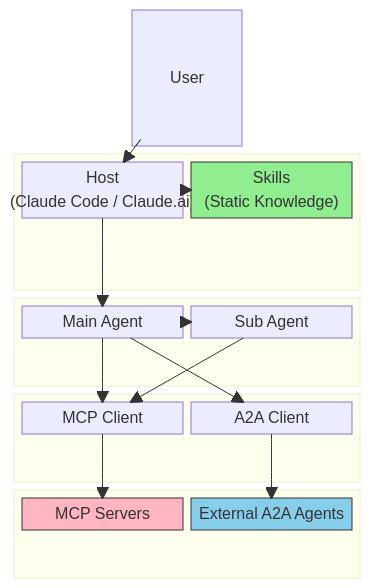
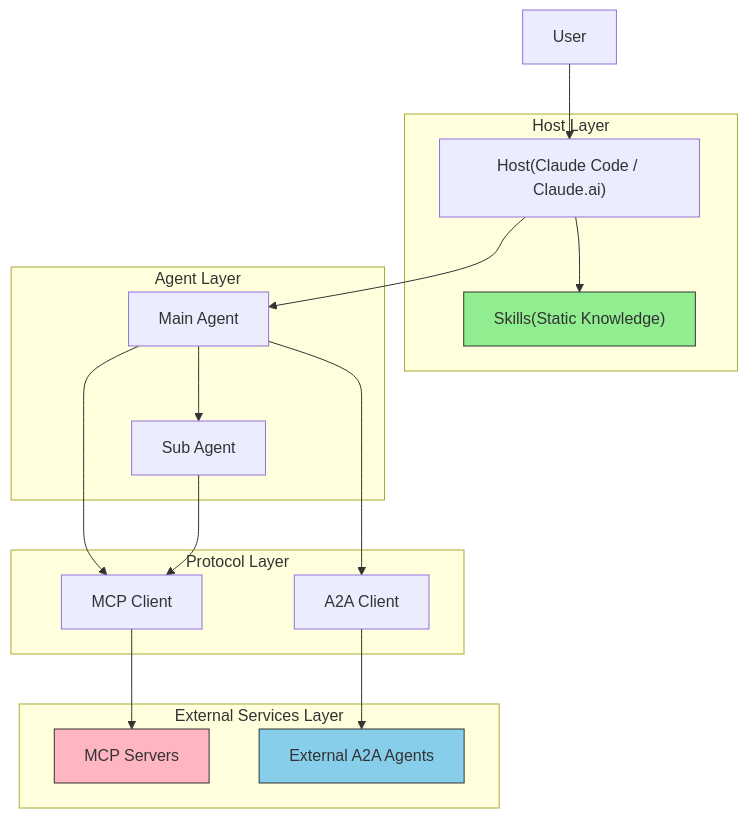
The second of 12 diagrams in docs/concepts/03-architecture.md (shuji-bonji/ai-agent-architecture), drawn with Mermaid before and after one commit. The commit also changed other lines of this file and 16 other files, not shown here.

````diff
--- a/docs/concepts/03-architecture.md
+++ b/docs/concepts/03-architecture.md
@@ -62,40 +62,38 @@
 ```mermaid
-block-beta
-    columns 3
+flowchart TB
+    USER["User"]
 
-    space:1 USER["User"]:1 space:1
-
-    block:HOST_LAYER:3
-        columns 3
-        HOST["Host\n(Claude Code / Claude.ai)"]:2 SKILL["Skills\n(Static Knowledge)"]:1
+    subgraph HOST_LAYER["Host Layer"]
+        HOST["Host<bn>(Claude Code / Claude.ai)"]
+        SKILL["Skills<bn>(Static Knowledge)"]
     end
 
-    block:AGENT_LAYER:3
-        columns 3
-        MAIN["Main Agent"]:2 SUB["Sub Agent"]:1
+    subgraph AGENT_LAYER["Agent Layer"]
+        MAIN["Main Agent"]
+        SUB["Sub Agent"]
     end
 
-    block:PROTOCOL_LAYER:3
-        columns 3
-        MCP_CLIENT["MCP Client"]:2 A2A_CLIENT["A2A Client"]:1
+    subgraph PROTOCOL_LAYER["Protocol Layer"]
+        MCP_CLIENT["MCP Client"]
+        A2A_CLIENT["A2A Client"]
     end
 
-    block:EXTERNAL_LAYER:3
-        columns 3
-        MCP_SERVER["MCP Servers"]:2 A2A_AGENT["External A2A Agents"]:1
+    subgraph EXTERNAL_LAYER["External Services Layer"]
+        MCP_SERVER["MCP Servers"]
+        A2A_AGENT["External A2A Agents"]
     end
 
     USER --> HOST
     HOST --> SKILL
     HOST --> MAIN
     MAIN --> SUB
     MAIN --> MCP_CLIENT
     MAIN --> A2A_CLIENT
     SUB --> MCP_CLIENT
     MCP_CLIENT --> MCP_SERVER
     A2A_CLIENT --> A2A_AGENT
 
     style SKILL fill:#90EE90,color:#333,stroke:#333
     style MCP_SERVER fill:#FFB6C1,color:#333,stroke:#333
     style A2A_AGENT fill:#87CEEB,color:#333,stroke:#333
 ```
````
